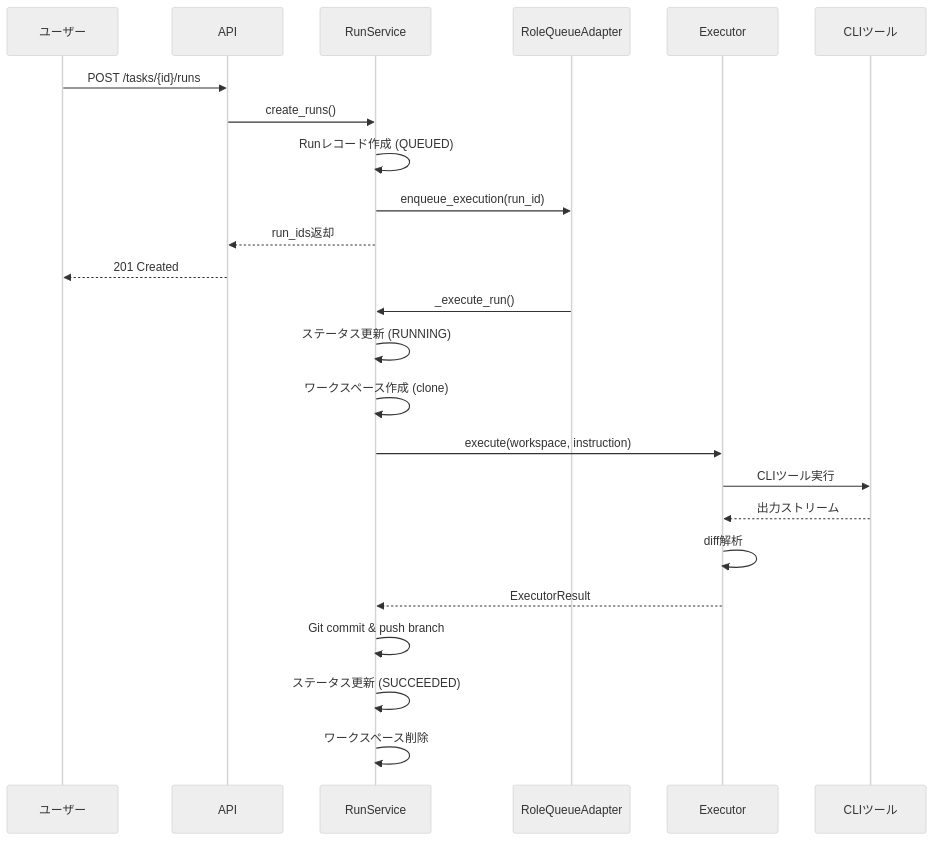
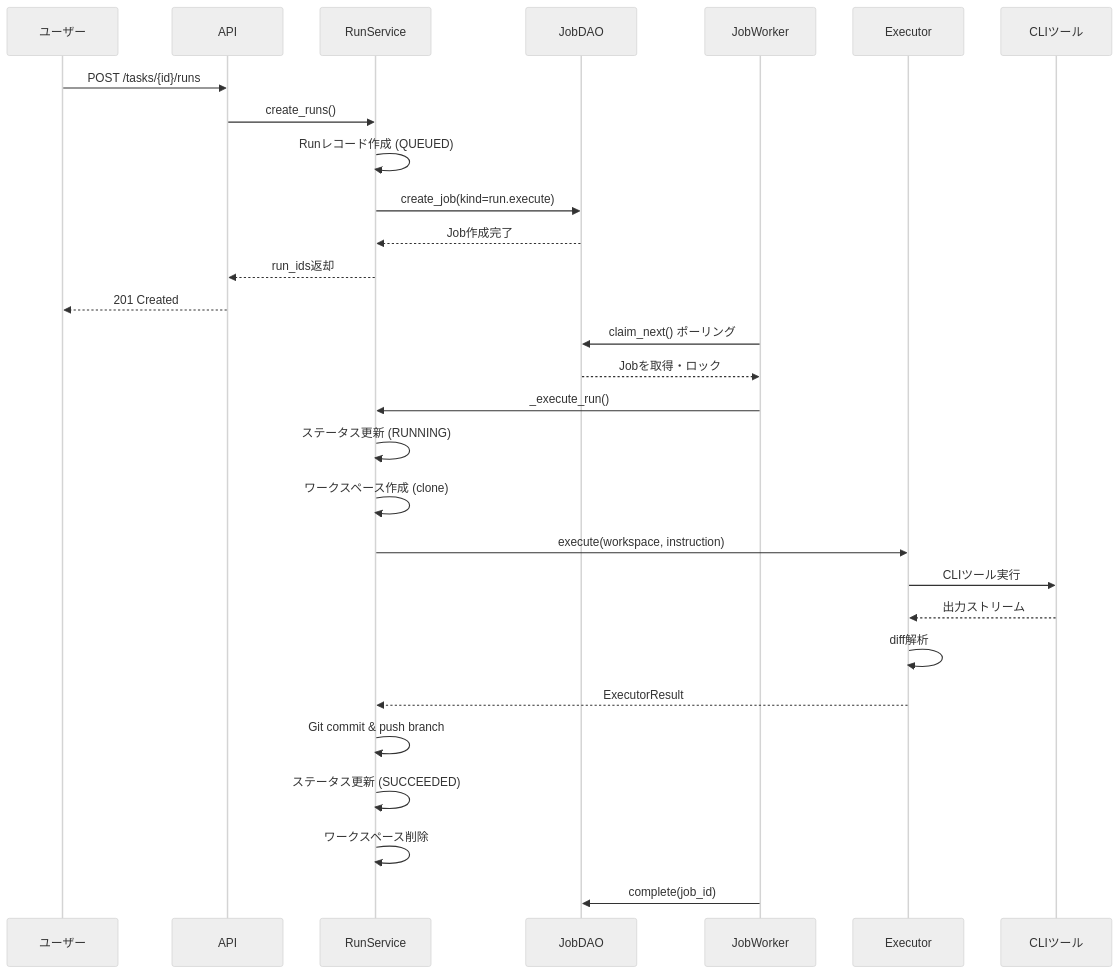
One commit to hampen2929/zloth changed the sixth of 15 diagrams in docs/architecture.md. Above: the diagram before and after it, drawn with Mermaid (neutral theme). The commit also changed other lines of this file, not shown here.

````diff
--- a/docs/architecture.md
+++ b/docs/architecture.md
@@ -369,28 +370,33 @@
 ```mermaid
 sequenceDiagram
     participant U as ユーザー
     participant A as API
     participant RS as RunService
-    participant Q as RoleQueueAdapter
+    participant JD as JobDAO
+    participant JW as JobWorker
     participant EX as Executor
     participant CLI as CLIツール
 
     U->>A: POST /tasks/{id}/runs
     A->>RS: create_runs()
     RS->>RS: Runレコード作成 (QUEUED)
-    RS->>Q: enqueue_execution(run_id)
+    RS->>JD: create_job(kind=run.execute)
+    JD-->>RS: Job作成完了
     RS-->>A: run_ids返却
     A-->>U: 201 Created
 
-    Q->>RS: _execute_run()
+    JW->>JD: claim_next() ポーリング
+    JD-->>JW: Jobを取得・ロック
+    JW->>RS: _execute_run()
     RS->>RS: ステータス更新 (RUNNING)
     RS->>RS: ワークスペース作成 (clone)
     RS->>EX: execute(workspace, instruction)
     EX->>CLI: CLIツール実行
     CLI-->>EX: 出力ストリーム
     EX->>EX: diff解析
     EX-->>RS: ExecutorResult
     RS->>RS: Git commit & push branch
     RS->>RS: ステータス更新 (SUCCEEDED)
     RS->>RS: ワークスペース削除
+    JW->>JD: complete(job_id)
 ```
````
